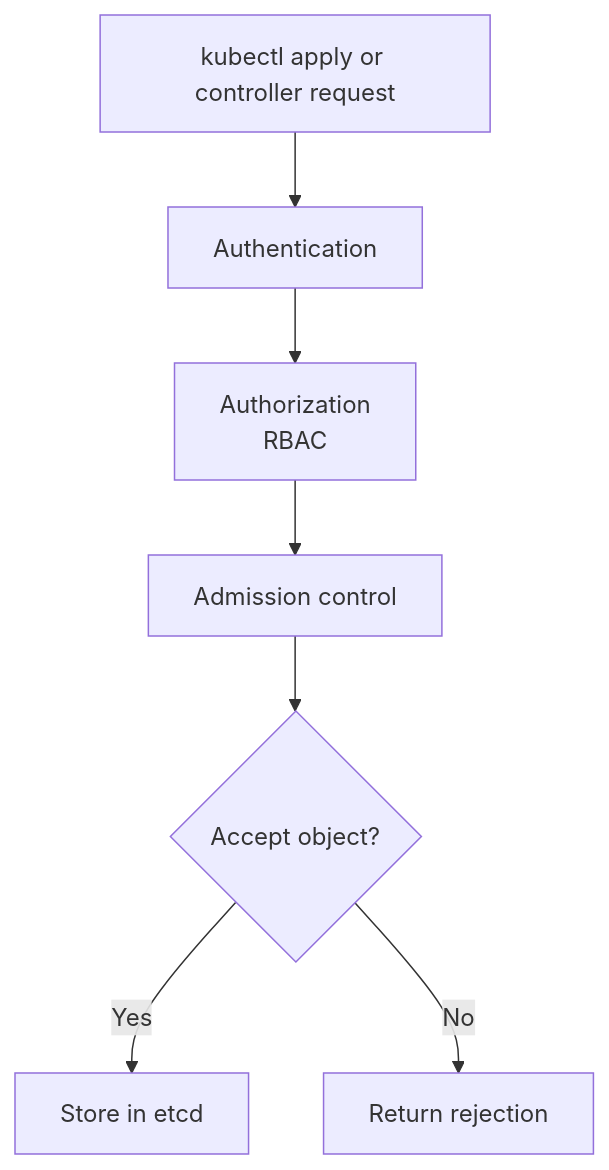
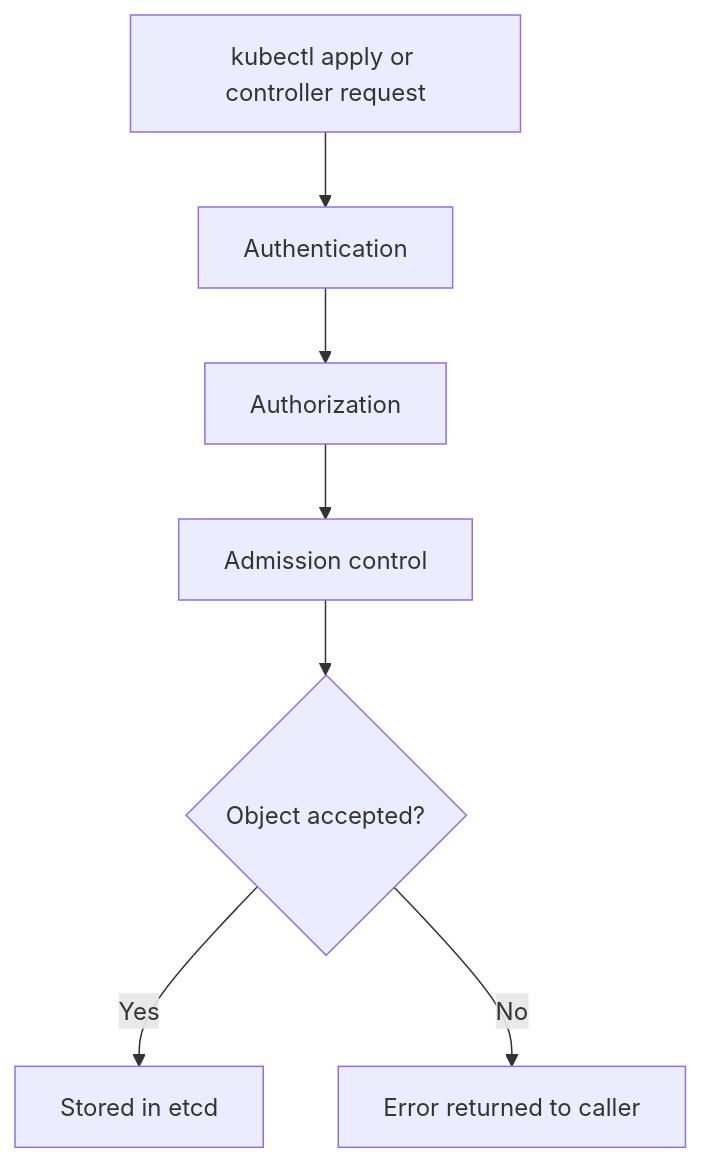
One commit to senlinyy/dev-roadmaps changed the diagram in containers-orchestration/kubernetes/operations/admission-control-and-policies.md. Above: the diagram before and after it, drawn with Mermaid. The commit also changed other lines of this file and 119 other files, not shown here.

````diff
--- a/containers-orchestration/kubernetes/operations/admission-control-and-policies.md
+++ b/containers-orchestration/kubernetes/operations/admission-control-and-policies.md
@@ -37,9 +34,9 @@
 ```mermaid
 flowchart TD
     A["kubectl apply or controller request"] --> B["Authentication"]
-    B --> C["Authorization<br/>RBAC"]
+    B --> C["Authorization"]
     C --> D["Admission control"]
-    D --> E{"Accept object?"}
-    E -->|"Yes"| F["Store in etcd"]
-    E -->|"No"| G["Return rejection"]
+    D --> E{"Object accepted?"}
+    E -->|"Yes"| F["Stored in etcd"]
+    E -->|"No"| G["Error returned to caller"]
 ```
````
